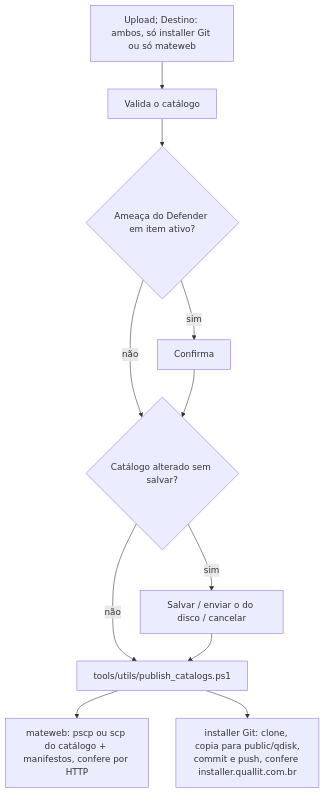
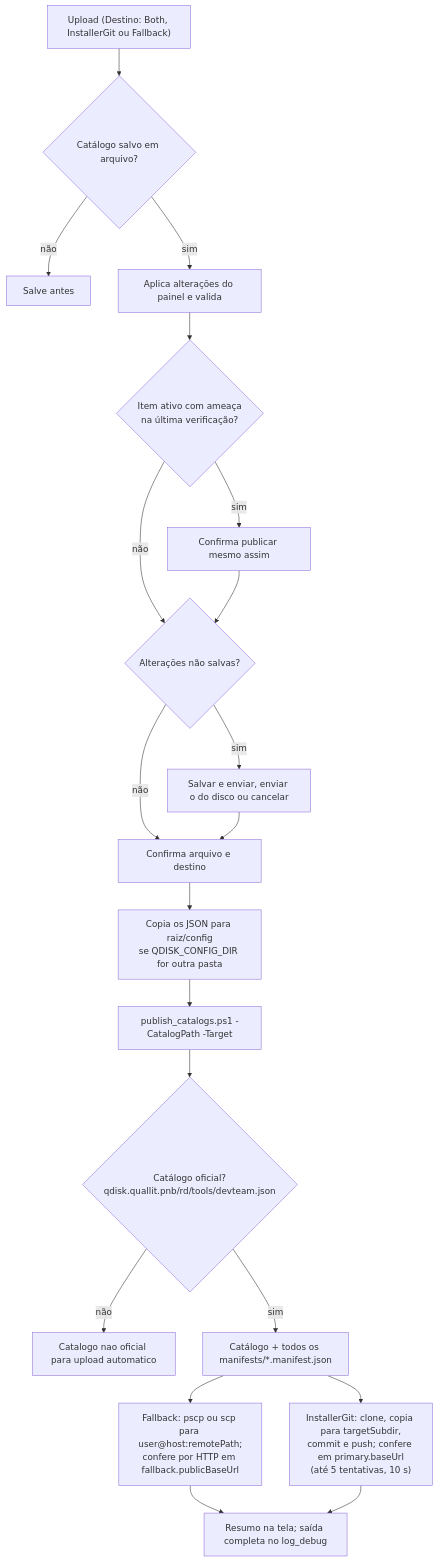
The eighth of 11 diagrams in docs/FLUXOS_GUI_ADM.md (MarceloSobral-Quallit/Q-DISK), drawn with Mermaid before and after one commit. The commit also changed other lines of this file and 1 other file, not shown here.

````diff
--- a/docs/FLUXOS_GUI_ADM.md
+++ b/docs/FLUXOS_GUI_ADM.md
@@ -93,13 +181,21 @@
 ```mermaid
 flowchart TD
-    A[Upload; Destino: ambos, só installer Git ou só mateweb] --> B[Valida o catálogo]
-    B --> C{Ameaça do Defender em item ativo?}
-    C -- sim --> D[Confirma]
-    C -- não --> E
-    D --> E{Catálogo alterado sem salvar?}
-    E -- sim --> F[Salvar / enviar o do disco / cancelar]
-    E -- não --> G
-    F --> G[tools/utils/publish_catalogs.ps1]
-    G --> H[mateweb: pscp ou scp do catálogo + manifestos, confere por HTTP]
-    G --> I[installer Git: clone, copia para public/qdisk,<br/>commit e push, confere installer.quallit.com.br]
+    A["Upload (Destino: Both, InstallerGit ou Fallback)"] --> B{Catálogo salvo em arquivo?}
+    B -- não --> X1[Salve antes]
+    B -- sim --> C[Aplica alterações do painel e valida]
+    C --> D{Item ativo com ameaça<br/>na última verificação?}
+    D -- sim --> E[Confirma publicar mesmo assim]
+    D -- não --> F
+    E --> F{Alterações não salvas?}
+    F -- sim --> G["Salvar e enviar, enviar o do disco ou cancelar"]
+    F -- não --> H
+    G --> H[Confirma arquivo e destino]
+    H --> I["Copia os JSON para raiz/config<br/>se QDISK_CONFIG_DIR for outra pasta"]
+    I --> J[publish_catalogs.ps1 -CatalogPath -Target]
+    J --> K{"Catálogo oficial?<br/>qdisk.quallit.pnb/rd/tools/devteam.json"}
+    K -- não --> X2[Catalogo nao oficial para upload automatico]
+    K -- sim --> L["Catálogo + todos os manifests/*.manifest.json"]
+    L --> M["Fallback: pscp ou scp para user@host:remotePath;<br/>confere por HTTP em fallback.publicBaseUrl"]
+    L --> N["InstallerGit: clone, copia para targetSubdir,<br/>commit e push; confere em primary.baseUrl<br/>(até 5 tentativas, 10 s)"]
+    M & N --> O["Resumo na tela; saída completa no log_debug"]
 ```
````
